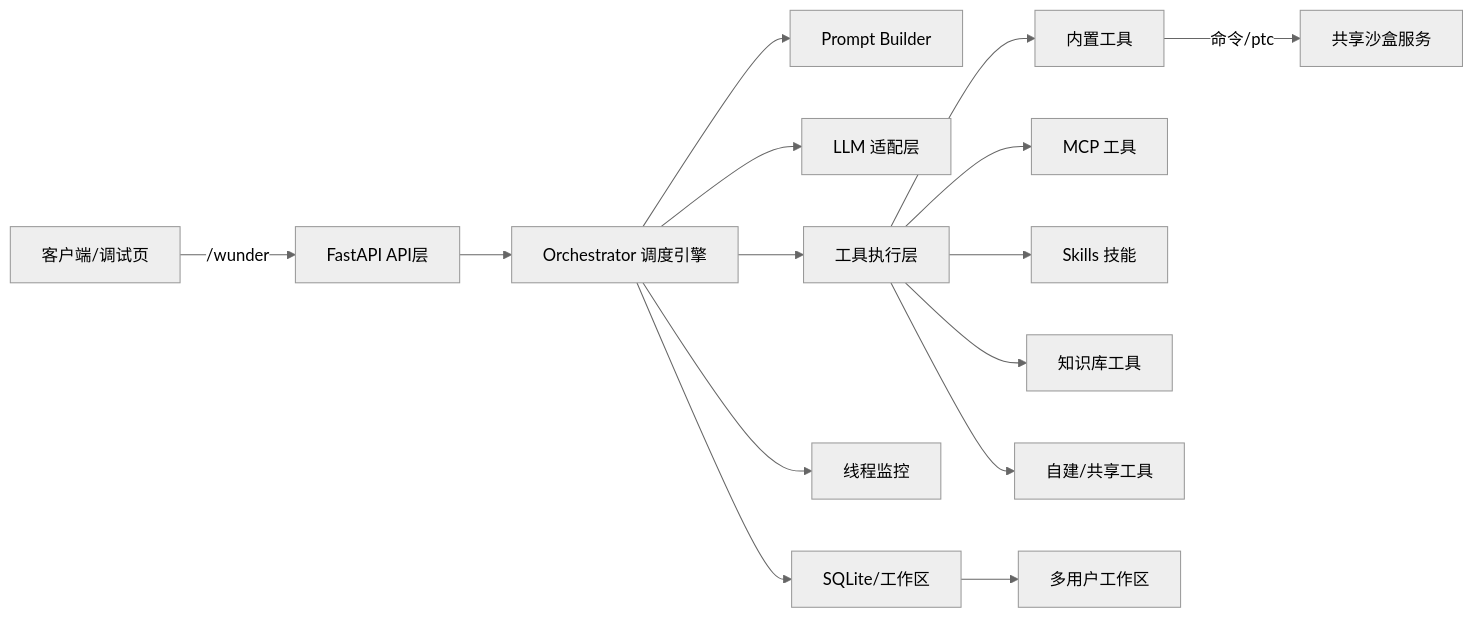
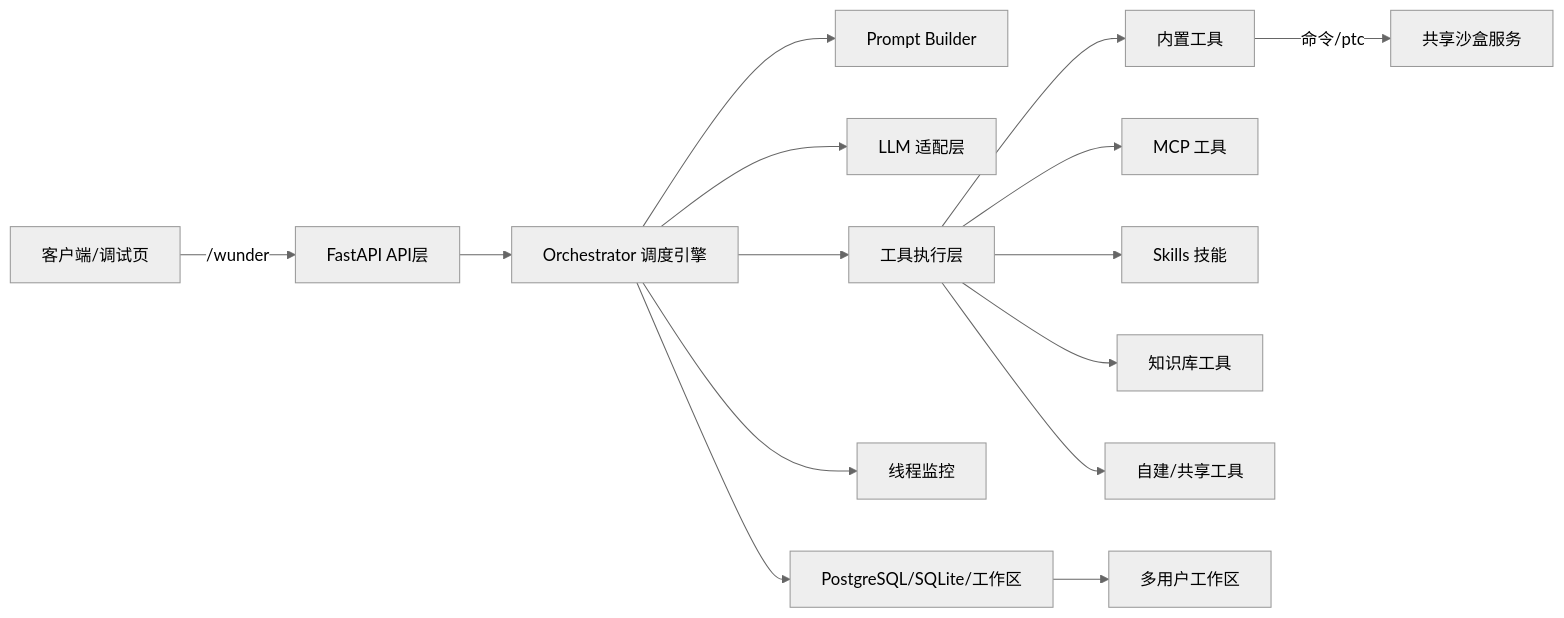
Before and after one commit to ylsdamxssjxxdd/wunder: the first of 5 diagrams in docs/系统介绍.md, drawn with Mermaid (neutral theme). The commit also changed other lines of this file and 42 other files, not shown here.

````diff
--- a/docs/系统介绍.md
+++ b/docs/系统介绍.md
@@ -17,17 +17,17 @@
 ```mermaid
 flowchart LR
   Client[客户端/调试页] -->|/wunder| API[FastAPI API层]
   API --> Orchestrator[Orchestrator 调度引擎]
   Orchestrator --> Prompt[Prompt Builder]
   Orchestrator --> LLM[LLM 适配层]
   Orchestrator --> Tools[工具执行层]
   Tools --> Builtin[内置工具]
   Tools --> MCP[MCP 工具]
   Tools --> Skills[Skills 技能]
   Tools --> KB[知识库工具]
   Tools --> UserTools[自建/共享工具]
   Builtin -->|命令/ptc| Sandbox[共享沙盒服务]
   Orchestrator --> Monitor[线程监控]
-  Orchestrator --> Storage[SQLite/工作区]
+  Orchestrator --> Storage[PostgreSQL/SQLite/工作区]
   Storage --> Workspaces[多用户工作区]
 ```
````
